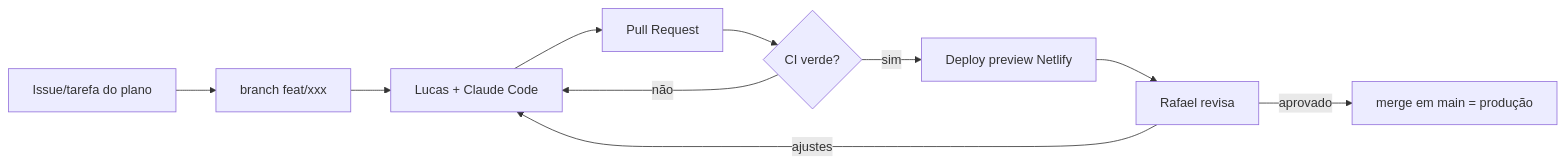
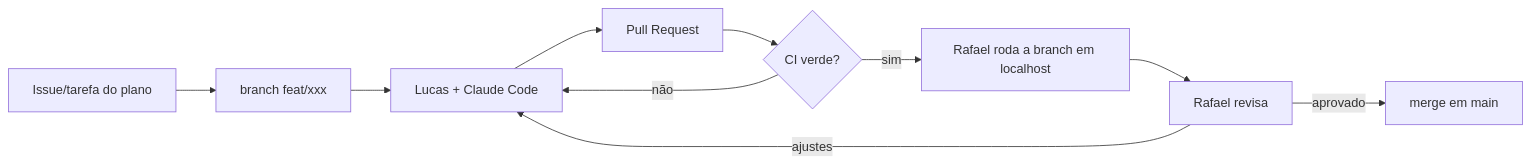
One commit to rafaelmuniz-br/deguste-system changed the diagram in PLANO-DE-PRODUCAO.md. Above: the diagram before and after it, drawn with Mermaid. The commit also changed other lines of this file and 7 other files, not shown here.

Commit message:
docs: Netlify fica para o final do projeto; por enquanto tudo em localhost (D8, 0.6 adiada, 0.12, 5.16)

````diff
--- a/PLANO-DE-PRODUCAO.md
+++ b/PLANO-DE-PRODUCAO.md
@@ -319,12 +324,12 @@
 ```mermaid
 flowchart LR
     Issue[Issue/tarefa do plano] --> Branch[branch feat/xxx]
     Branch --> Claude[Lucas + Claude Code]
     Claude --> PR[Pull Request]
     PR --> CI{CI verde?}
     CI -- não --> Claude
-    CI -- sim --> Preview[Deploy preview Netlify]
+    CI -- sim --> Preview[Rafael roda a branch em localhost]
     Preview --> Review[Rafael revisa]
     Review -- ajustes --> Claude
-    Review -- aprovado --> Main[merge em main = produção]
+    Review -- aprovado --> Main[merge em main]
 ```
````
